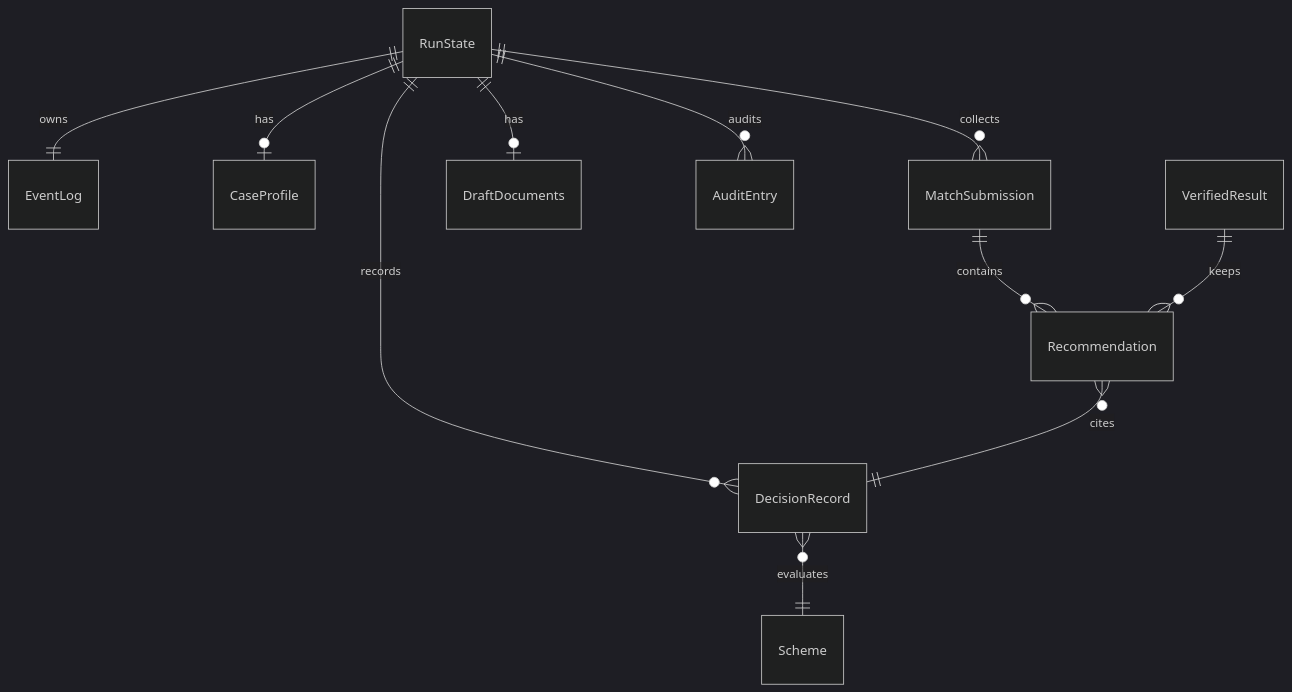
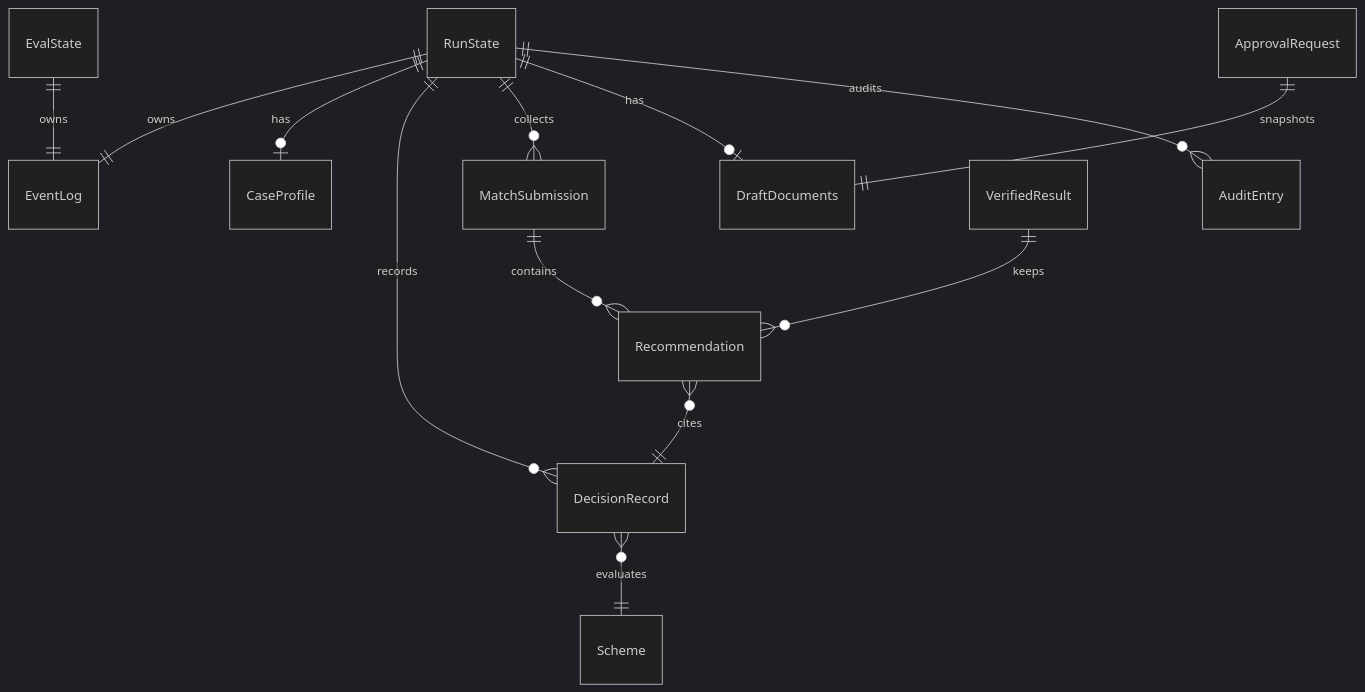
One commit to yoobinkim541/hackathon-cheongdo changed the fourth of 5 diagrams in _bmad-output/planning-artifacts/architecture/architecture-동행노트-2026-11-05/ARCHITECTURE-SPINE.md. Above: the diagram before and after it, drawn with Mermaid (dark theme). The commit also changed other lines of this file and 4 other files, not shown here.

First line of the commit message:
Finalize backend architecture spine with reviewer fixes

````diff
--- a/_bmad-output/planning-artifacts/architecture/architecture-동행노트-2026-11-05/ARCHITECTURE-SPINE.md
+++ b/_bmad-output/planning-artifacts/architecture/architecture-동행노트-2026-11-05/ARCHITECTURE-SPINE.md
@@ -229,13 +417,15 @@
 ```mermaid
 erDiagram
-  RunState ||--o{ DecisionRecord : records
   RunState ||--|| EventLog : owns
   RunState ||--o| CaseProfile : has
+  RunState ||--o{ DecisionRecord : records
   RunState ||--o{ MatchSubmission : collects
   RunState ||--o| DraftDocuments : has
   RunState ||--o{ AuditEntry : audits
+  EvalState ||--|| EventLog : owns
   DecisionRecord }o--|| Scheme : evaluates
   MatchSubmission ||--o{ Recommendation : contains
   Recommendation }o--|| DecisionRecord : cites
   VerifiedResult ||--o{ Recommendation : keeps
+  ApprovalRequest ||--|| DraftDocuments : snapshots
 ```
````
